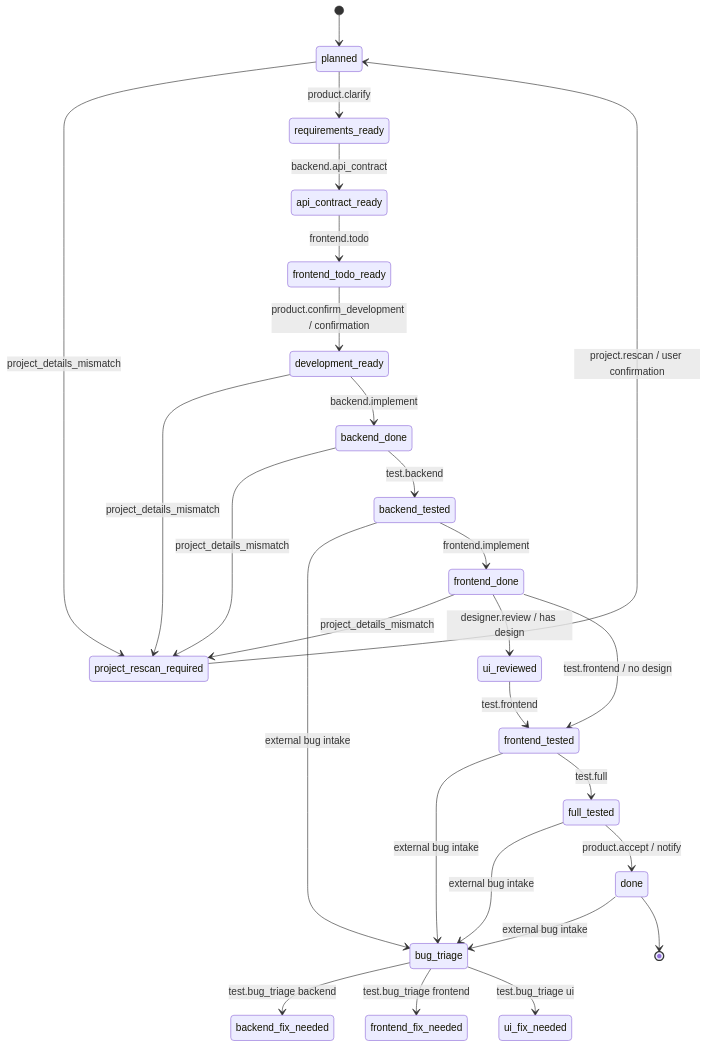
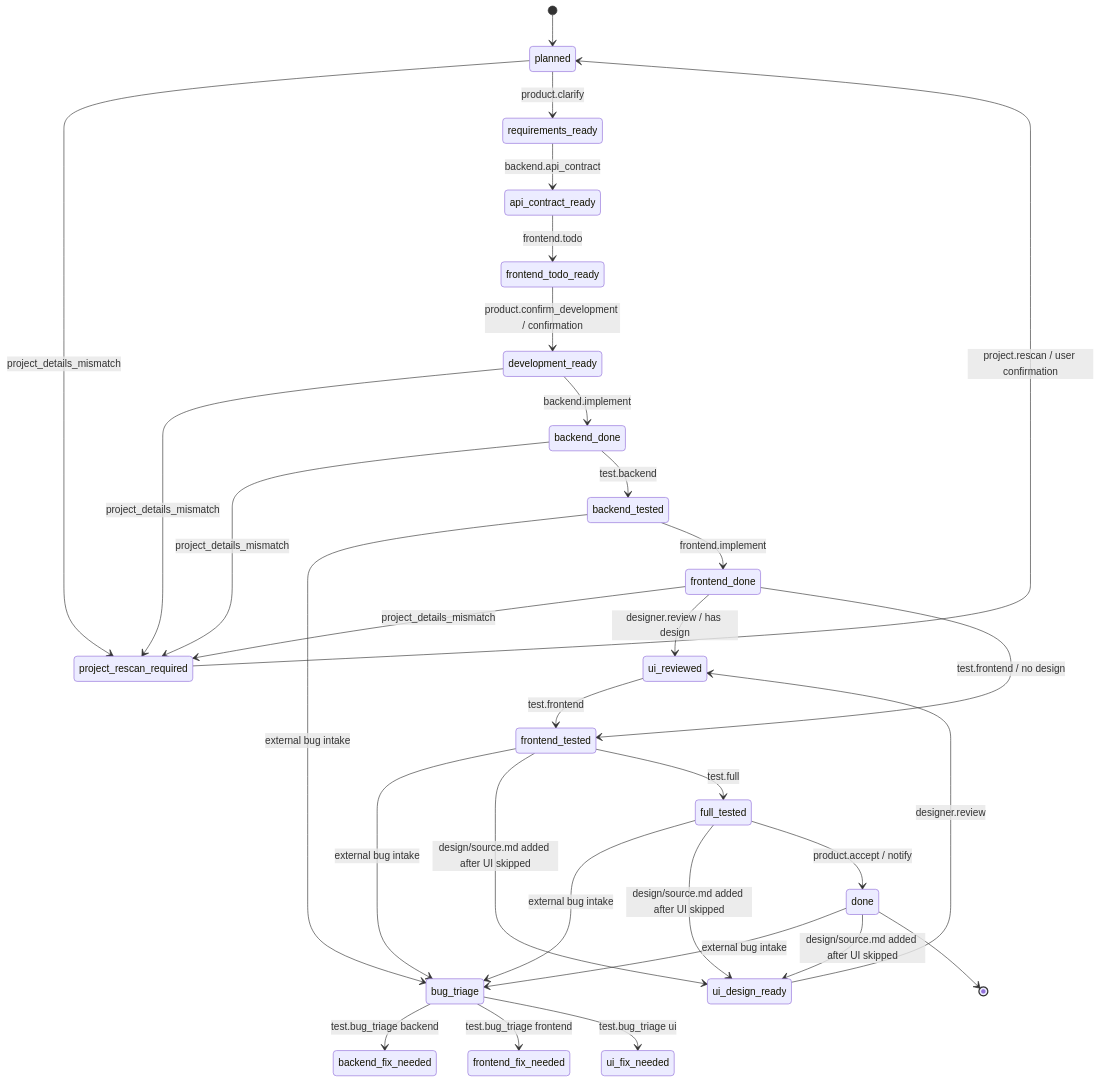
One commit to Jasmine-dong/skill_flow changed the fourth of 6 diagrams in docs/ARCHITECTURE.md. Above: the diagram before and after it, drawn with Mermaid. The commit also changed other lines of this file and 9 other files, not shown here.

````diff
--- a/docs/ARCHITECTURE.md
+++ b/docs/ARCHITECTURE.md
@@ -141,29 +141,33 @@
 ```mermaid
 stateDiagram-v2
   [*] --> planned
   planned --> project_rescan_required: project_details_mismatch
   development_ready --> project_rescan_required: project_details_mismatch
   backend_done --> project_rescan_required: project_details_mismatch
   frontend_done --> project_rescan_required: project_details_mismatch
   project_rescan_required --> planned: project.rescan / user confirmation
   planned --> requirements_ready: product.clarify
   done --> bug_triage: external bug intake
   full_tested --> bug_triage: external bug intake
   backend_tested --> bug_triage: external bug intake
   frontend_tested --> bug_triage: external bug intake
   bug_triage --> backend_fix_needed: test.bug_triage backend
   bug_triage --> frontend_fix_needed: test.bug_triage frontend
   bug_triage --> ui_fix_needed: test.bug_triage ui
   requirements_ready --> api_contract_ready: backend.api_contract
   api_contract_ready --> frontend_todo_ready: frontend.todo
   frontend_todo_ready --> development_ready: product.confirm_development / confirmation
   development_ready --> backend_done: backend.implement
   backend_done --> backend_tested: test.backend
   backend_tested --> frontend_done: frontend.implement
   frontend_done --> ui_reviewed: designer.review / has design
   frontend_done --> frontend_tested: test.frontend / no design
+  frontend_tested --> ui_design_ready: design/source.md added after UI skipped
+  full_tested --> ui_design_ready: design/source.md added after UI skipped
+  done --> ui_design_ready: design/source.md added after UI skipped
+  ui_design_ready --> ui_reviewed: designer.review
   ui_reviewed --> frontend_tested: test.frontend
   frontend_tested --> full_tested: test.full
   full_tested --> done: product.accept / notify
   done --> [*]
 ```
````
